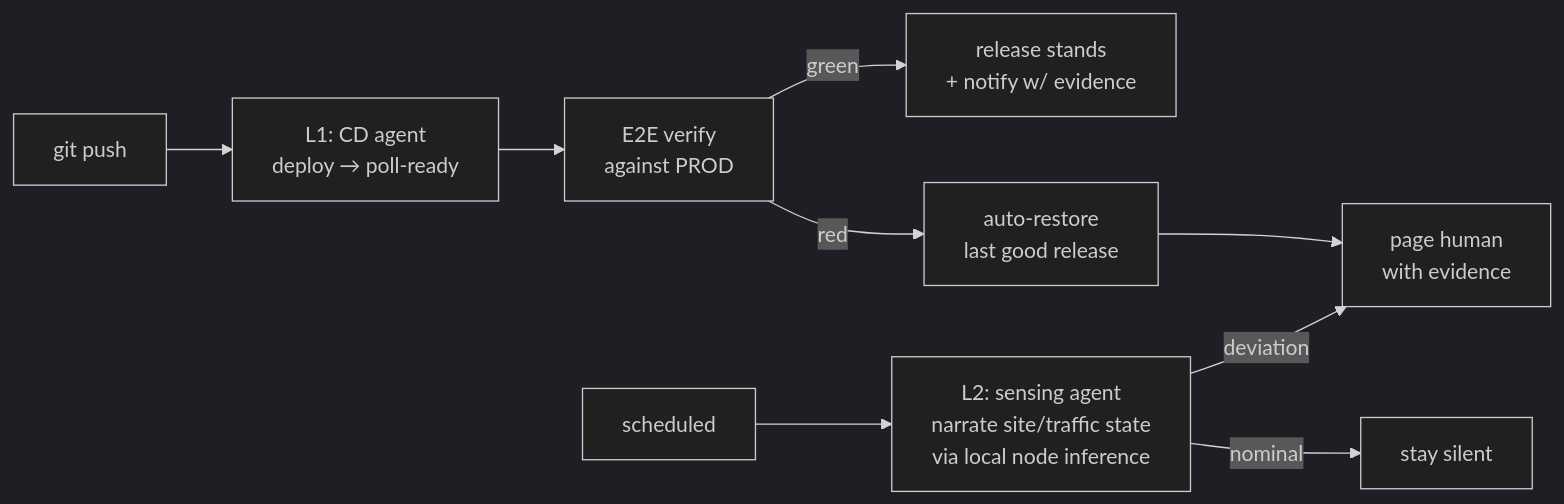
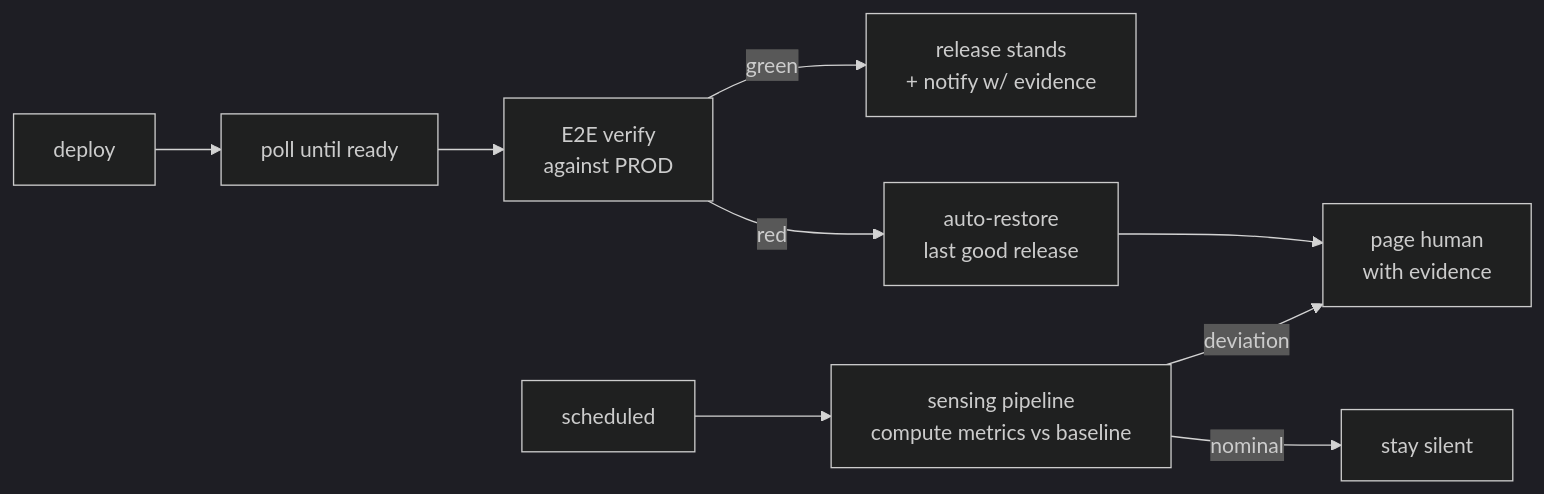
Before and after one commit to gr8-gray/cd-agents: the diagram in README.md, drawn with Mermaid (dark theme). The commit also changed other lines of this file, not shown here.

````diff
--- a/README.md
+++ b/README.md
@@ -35,11 +39,11 @@
 ```mermaid
 flowchart LR
-  PUSH[git push] --> CD[L1: CD agent<br/>deploy → poll-ready]
-  CD --> E2E[E2E verify<br/>against PROD]
+  DEPLOY[deploy] --> READY[poll until ready]
+  READY --> E2E[E2E verify<br/>against PROD]
   E2E -->|green| DONE[release stands<br/>+ notify w/ evidence]
   E2E -->|red| RB[auto-restore<br/>last good release]
   RB --> NOTIFY[page human<br/>with evidence]
-  CRON[scheduled] --> L2[L2: sensing agent<br/>narrate site/traffic state<br/>via local node inference]
+  CRON[scheduled] --> L2[sensing pipeline<br/>compute metrics vs baseline]
   L2 -->|deviation| NOTIFY
   L2 -->|nominal| QUIET[stay silent]
 ```
````
